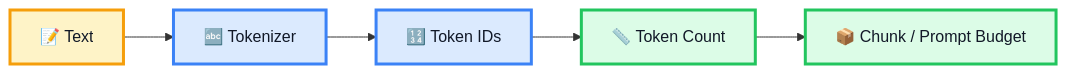
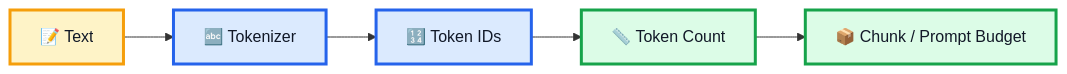
One commit to azam123/awesome-ai-engineer changed the second of 5 diagrams in RAG-explained-in-depth.md. Above: the diagram before and after it, drawn with Mermaid. The commit also changed other lines of this file, not shown here.

Commit message:
docs: improve RAG diagrams with clear colored boxes and arrows

```diff
--- a/RAG-explained-in-depth.md
+++ b/RAG-explained-in-depth.md
@@ -423,15 +410,11 @@
 ~~~mermaid
 flowchart LR
-    A["📝 Text"] --> B["🔤 Tokenizer"]
-    B --> C["🔢 Token IDs"]
-    C --> D["📏 Token Count"]
-    D --> E["📦 Chunk / Prompt Budget"]
+    A["📝 Text"] --> B["🔤 Tokenizer"] --> C["🔢 Token IDs"] --> D["📏 Token Count"] --> E["📦 Chunk / Prompt Budget"]
 
-    classDef yellow fill:#FEF3C7,stroke:#F59E0B,color:#111827,stroke-width:3px;
-    classDef blue fill:#DBEAFE,stroke:#3B82F6,color:#111827,stroke-width:3px;
-    classDef green fill:#DCFCE7,stroke:#22C55E,color:#111827,stroke-width:3px;
-
-    class A yellow;
-    class B,C blue;
-    class D,E green;
+    classDef input fill:#FEF3C7,stroke:#F59E0B,color:#111827,stroke-width:3px;
+    classDef process fill:#DBEAFE,stroke:#2563EB,color:#111827,stroke-width:3px;
+    classDef output fill:#DCFCE7,stroke:#16A34A,color:#111827,stroke-width:3px;
+    class A input;
+    class B,C process;
+    class D,E output;
 ~~~
```
